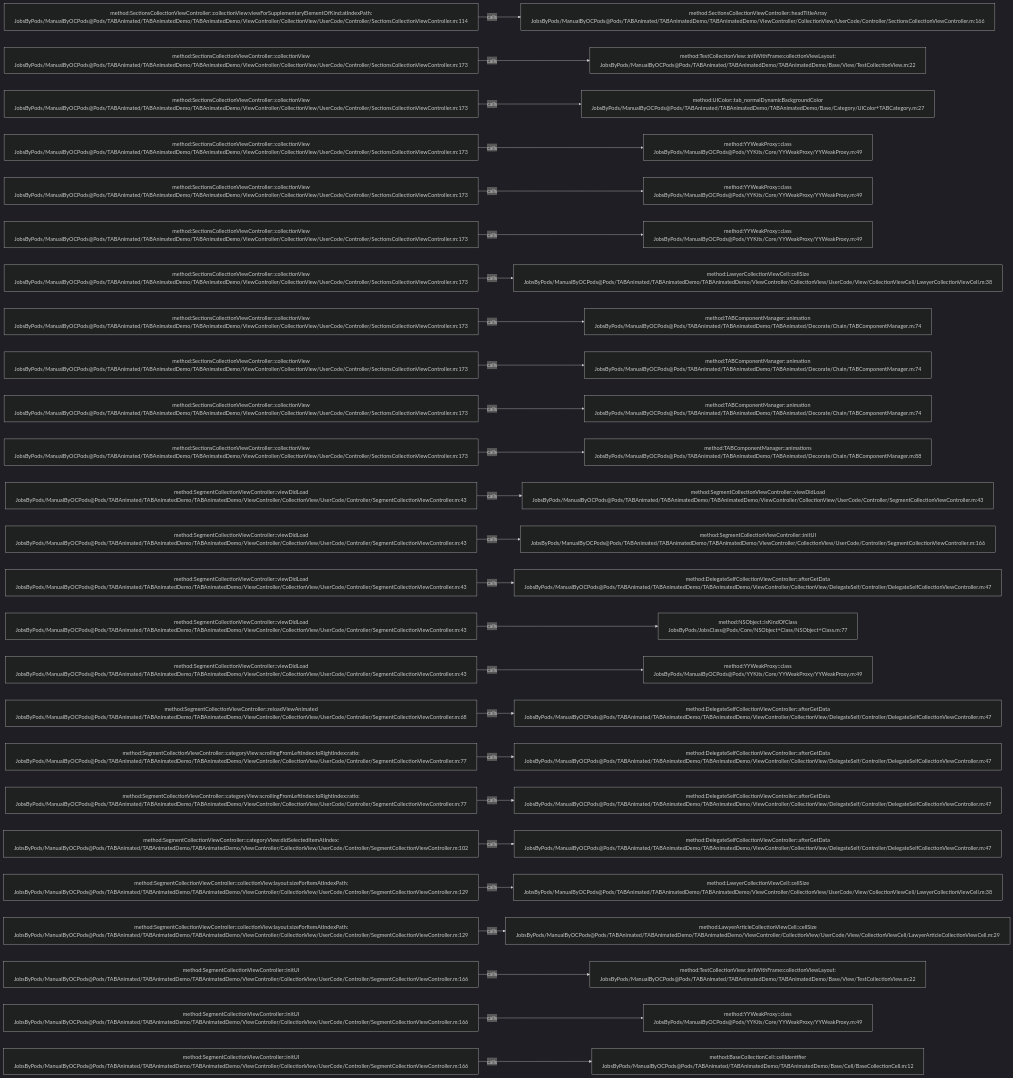
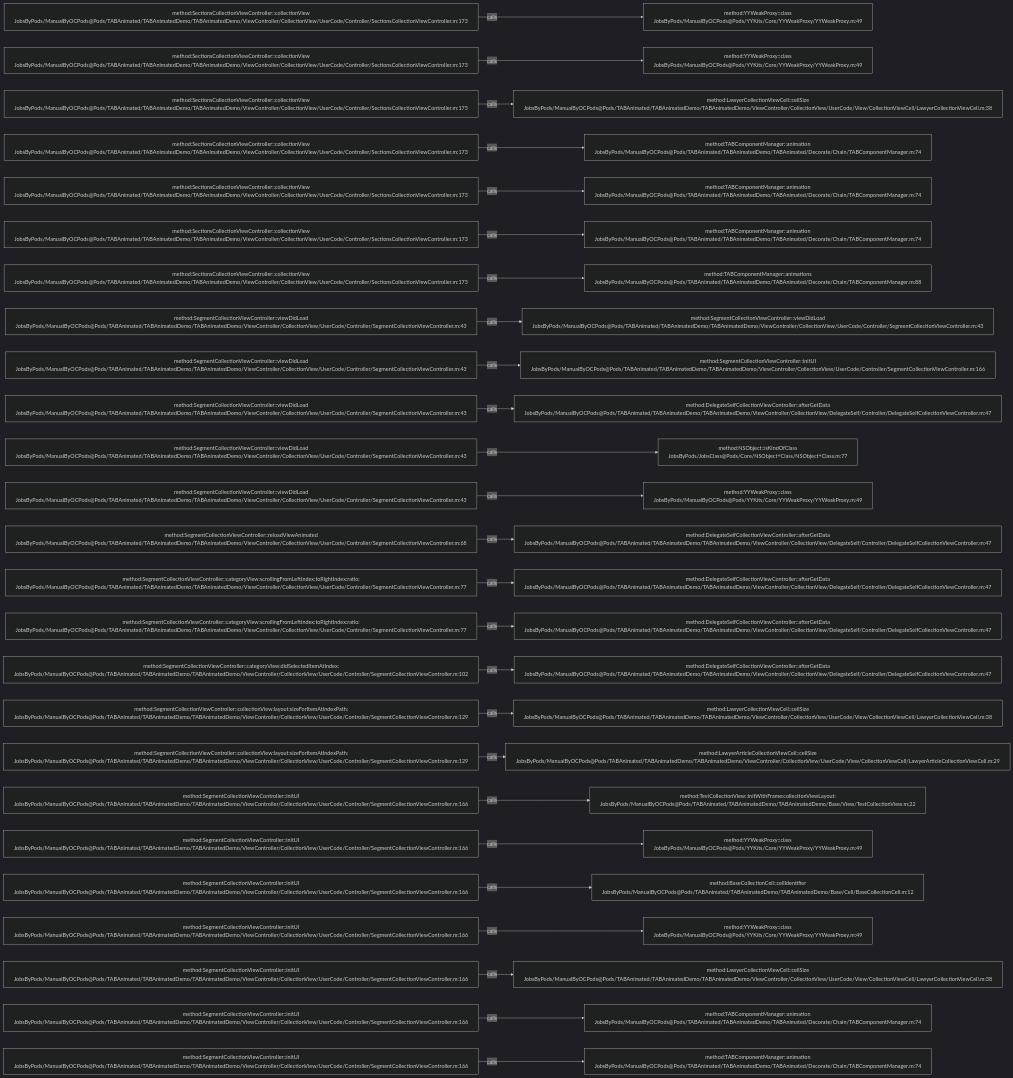
The diagram in .codegraph/codegraph.md/graphs/calls-049.md (JobsKits/JobsOCBaseConfigDemo), drawn with Mermaid (dark theme) before and after one commit. The commit also changed 727 other files, not shown here.

````diff
--- a/.codegraph/codegraph.md/graphs/calls-049.md
+++ b/.codegraph/codegraph.md/graphs/calls-049.md
@@ -13,78 +13,78 @@
 ```mermaid
 flowchart LR
-  S1["method:SectionsCollectionViewController::collectionView:viewForSupplementaryElementOfKind:atIndexPath:<br/>JobsByPods/ManualByOCPods@Pods/TABAnimated/TABAnimatedDemo/TABAnimatedDemo/ViewController/CollectionView/UserCode/Controller/SectionsCollectionViewController.m:114"]
-  T1["method:SectionsCollectionViewController::headTitleArray<br/>JobsByPods/ManualByOCPods@Pods/TABAnimated/TABAnimatedDemo/TABAnimatedDemo/ViewController/CollectionView/UserCode/Controller/SectionsCollectionViewController.m:166"]
+  S1["method:SectionsCollectionViewController::collectionView<br/>JobsByPods/ManualByOCPods@Pods/TABAnimated/TABAnimatedDemo/TABAnimatedDemo/ViewController/CollectionView/UserCode/Controller/SectionsCollectionViewController.m:173"]
+  T1["method:YYWeakProxy::class<br/>JobsByPods/ManualByOCPods@Pods/YYKits/Core/YYWeakProxy/YYWeakProxy.m:49"]
   S1 -->|calls| T1
   S2["method:SectionsCollectionViewController::collectionView<br/>JobsByPods/ManualByOCPods@Pods/TABAnimated/TABAnimatedDemo/TABAnimatedDemo/ViewController/CollectionView/UserCode/Controller/SectionsCollectionViewController.m:173"]
-  T2["method:TestCollectionView::initWithFrame:collectionViewLayout:<br/>JobsByPods/ManualByOCPods@Pods/TABAnimated/TABAnimatedDemo/TABAnimatedDemo/Base/View/TestCollectionView.m:22"]
+  T2["method:YYWeakProxy::class<br/>JobsByPods/ManualByOCPods@Pods/YYKits/Core/YYWeakProxy/YYWeakProxy.m:49"]
   S2 -->|calls| T2
   S3["method:SectionsCollectionViewController::collectionView<br/>JobsByPods/ManualByOCPods@Pods/TABAnimated/TABAnimatedDemo/TABAnimatedDemo/ViewController/CollectionView/UserCode/Controller/SectionsCollectionViewController.m:173"]
-  T3["method:UIColor::tab_normalDynamicBackgroundColor<br/>JobsByPods/ManualByOCPods@Pods/TABAnimated/TABAnimatedDemo/TABAnimatedDemo/Base/Category/UIColor+TABCategory.m:27"]
+  T3["method:LawyerCollectionViewCell::cellSize<br/>JobsByPods/ManualByOCPods@Pods/TABAnimated/TABAnimatedDemo/TABAnimatedDemo/ViewController/CollectionView/UserCode/View/CollectionViewCell/LawyerCollectionViewCell.m:38"]
   S3 -->|calls| T3
   S4["method:SectionsCollectionViewController::collectionView<br/>JobsByPods/ManualByOCPods@Pods/TABAnimated/TABAnimatedDemo/TABAnimatedDemo/ViewController/CollectionView/UserCode/Controller/SectionsCollectionViewController.m:173"]
-  T4["method:YYWeakProxy::class<br/>JobsByPods/ManualByOCPods@Pods/YYKits/Core/YYWeakProxy/YYWeakProxy.m:49"]
+  T4["method:TABComponentManager::animation<br/>JobsByPods/ManualByOCPods@Pods/TABAnimated/TABAnimatedDemo/TABAnimated/Decorate/Chain/TABComponentManager.m:74"]
   S4 -->|calls| T4
   S5["method:SectionsCollectionViewController::collectionView<br/>JobsByPods/ManualByOCPods@Pods/TABAnimated/TABAnimatedDemo/TABAnimatedDemo/ViewController/CollectionView/UserCode/Controller/SectionsCollectionViewController.m:173"]
-  T5["method:YYWeakProxy::class<br/>JobsByPods/ManualByOCPods@Pods/YYKits/Core/YYWeakProxy/YYWeakProxy.m:49"]
+  T5["method:TABComponentManager::animation<br/>JobsByPods/ManualByOCPods@Pods/TABAnimated/TABAnimatedDemo/TABAnimated/Decorate/Chain/TABComponentManager.m:74"]
   S5 -->|calls| T5
   S6["method:SectionsCollectionViewController::collectionView<br/>JobsByPods/ManualByOCPods@Pods/TABAnimated/TABAnimatedDemo/TABAnimatedDemo/ViewController/CollectionView/UserCode/Controller/SectionsCollectionViewController.m:173"]
-  T6["method:YYWeakProxy::class<br/>JobsByPods/ManualByOCPods@Pods/YYKits/Core/YYWeakProxy/YYWeakProxy.m:49"]
+  T6["method:TABComponentManager::animation<br/>JobsByPods/ManualByOCPods@Pods/TABAnimated/TABAnimatedDemo/TABAnimated/Decorate/Chain/TABComponentManager.m:74"]
   S6 -->|calls| T6
   S7["method:SectionsCollectionViewController::collectionView<br/>JobsByPods/ManualByOCPods@Pods/TABAnimated/TABAnimatedDemo/TABAnimatedDemo/ViewController/CollectionView/UserCode/Controller/SectionsCollectionViewController.m:173"]
-  T7["method:LawyerCollectionViewCell::cellSize<br/>JobsByPods/ManualByOCPods@Pods/TABAnimated/TABAnimatedDemo/TABAnimatedDemo/ViewController/CollectionView/UserCode/View/CollectionViewCell/LawyerCollectionViewCell.m:38"]
+  T7["method:TABComponentManager::animations<br/>JobsByPods/ManualByOCPods@Pods/TABAnimated/TABAnimatedDemo/TABAnimated/Decorate/Chain/TABComponentManager.m:88"]
   S7 -->|calls| T7
-  S8["method:SectionsCollectionViewController::collectionView<br/>JobsByPods/ManualByOCPods@Pods/TABAnimated/TABAnimatedDemo/TABAnimatedDemo/ViewController/CollectionView/UserCode/Controller/SectionsCollectionViewController.m:173"]
-  T8["method:TABComponentManager::animation<br/>JobsByPods/ManualByOCPods@Pods/TABAnimated/TABAnimatedDemo/TABAnimated/Decorate/Chain/TABComponentManager.m:74"]
+  S8["method:SegmentCollectionViewController::viewDidLoad<br/>JobsByPods/ManualByOCPods@Pods/TABAnimated/TABAnimatedDemo/TABAnimatedDemo/ViewController/CollectionView/UserCode/Controller/SegmentCollectionViewController.m:43"]
+  T8["method:SegmentCollectionViewController::viewDidLoad<br/>JobsByPods/ManualByOCPods@Pods/TABAnimated/TABAnimatedDemo/TABAnimatedDemo/ViewController/CollectionView/UserCode/Controller/SegmentCollectionViewController.m:43"]
   S8 -->|calls| T8
-  S9["method:SectionsCollectionViewController::collectionView<br/>JobsByPods/ManualByOCPods@Pods/TABAnimated/TABAnimatedDemo/TABAnimatedDemo/ViewController/CollectionView/UserCode/Controller/SectionsCollectionViewController.m:173"]
-  T9["method:TABComponentManager::animation<br/>JobsByPods/ManualByOCPods@Pods/TABAnimated/TABAnimatedDemo/TABAnimated/Decorate/Chain/TABComponentManager.m:74"]
+  S9["method:SegmentCollectionViewController::viewDidLoad<br/>JobsByPods/ManualByOCPods@Pods/TABAnimated/TABAnimatedDemo/TABAnimatedDemo/ViewController/CollectionView/UserCode/Controller/SegmentCollectionViewController.m:43"]
+  T9["method:SegmentCollectionViewController::initUI<br/>JobsByPods/ManualByOCPods@Pods/TABAnimated/TABAnimatedDemo/TABAnimatedDemo/ViewController/CollectionView/UserCode/Controller/SegmentCollectionViewController.m:166"]
   S9 -->|calls| T9
-  S10["method:SectionsCollectionViewController::collectionView<br/>JobsByPods/ManualByOCPods@Pods/TABAnimated/TABAnimatedDemo/TABAnimatedDemo/ViewController/CollectionView/UserCode/Controller/SectionsCollectionViewController.m:173"]
-  T10["method:TABComponentManager::animation<br/>JobsByPods/ManualByOCPods@Pods/TABAnimated/TABAnimatedDemo/TABAnimated/Decorate/Chain/TABComponentManager.m:74"]
+  S10["method:SegmentCollectionViewController::viewDidLoad<br/>JobsByPods/ManualByOCPods@Pods/TABAnimated/TABAnimatedDemo/TABAnimatedDemo/ViewController/CollectionView/UserCode/Controller/SegmentCollectionViewController.m:43"]
+  T10["method:DelegateSelfCollectionViewController::afterGetData<br/>JobsByPods/ManualByOCPods@Pods/TABAnimated/TABAnimatedDemo/TABAnimatedDemo/ViewController/CollectionView/DelegateSelf/Controller/DelegateSelfCollectionViewController.m:47"]
   S10 -->|calls| T10
-  S11["method:SectionsCollectionViewController::collectionView<br/>JobsByPods/ManualByOCPods@Pods/TABAnimated/TABAnimatedDemo/TABAnimatedDemo/ViewController/CollectionView/UserCode/Controller/SectionsCollectionViewController.m:173"]
-  T11["method:TABComponentManager::animations<br/>JobsByPods/ManualByOCPods@Pods/TABAnimated/TABAnimatedDemo/TABAnimated/Decorate/Chain/TABComponentManager.m:88"]
+  S11["method:SegmentCollectionViewController::viewDidLoad<br/>JobsByPods/ManualByOCPods@Pods/TABAnimated/TABAnimatedDemo/TABAnimatedDemo/ViewController/CollectionView/UserCode/Controller/SegmentCollectionViewController.m:43"]
+  T11["method:NSObject::isKindOfClass<br/>JobsByPods/JobsClass@Pods/Core/NSObject+Class/NSObject+Class.m:77"]
   S11 -->|calls| T11
   S12["method:SegmentCollectionViewController::viewDidLoad<br/>JobsByPods/ManualByOCPods@Pods/TABAnimated/TABAnimatedDemo/TABAnimatedDemo/ViewController/CollectionView/UserCode/Controller/SegmentCollectionViewController.m:43"]
-  T12["method:SegmentCollectionViewController::viewDidLoad<br/>JobsByPods/ManualByOCPods@Pods/TABAnimated/TABAnimatedDemo/TABAnimatedDemo/ViewController/CollectionView/UserCode/Controller/SegmentCollectionViewController.m:43"]
+  T12["method:YYWeakProxy::class<br/>JobsByPods/ManualByOCPods@Pods/YYKits/Core/YYWeakProxy/YYWeakProxy.m:49"]
   S12 -->|calls| T12
-  S13["method:SegmentCollectionViewController::viewDidLoad<br/>JobsByPods/ManualByOCPods@Pods/TABAnimated/TABAnimatedDemo/TABAnimatedDemo/ViewController/CollectionView/UserCode/Controller/SegmentCollectionViewController.m:43"]
-  T13["method:SegmentCollectionViewController::initUI<br/>JobsByPods/ManualByOCPods@Pods/TABAnimated/TABAnimatedDemo/TABAnimatedDemo/ViewController/CollectionView/UserCode/Controller/SegmentCollectionViewController.m:166"]
+  S13["method:SegmentCollectionViewController::reloadViewAnimated<br/>JobsByPods/ManualByOCPods@Pods/TABAnimated/TABAnimatedDemo/TABAnimatedDemo/ViewController/CollectionView/UserCode/Controller/SegmentCollectionViewController.m:68"]
+  T13["method:DelegateSelfCollectionViewController::afterGetData<br/>JobsByPods/ManualByOCPods@Pods/TABAnimated/TABAnimatedDemo/TABAnimatedDemo/ViewController/CollectionView/DelegateSelf/Controller/DelegateSelfCollectionViewController.m:47"]
   S13 -->|calls| T13
-  S14["method:SegmentCollectionViewController::viewDidLoad<br/>JobsByPods/ManualByOCPods@Pods/TABAnimated/TABAnimatedDemo/TABAnimatedDemo/ViewController/CollectionView/UserCode/Controller/SegmentCollectionViewController.m:43"]
+  S14["method:SegmentCollectionViewController::categoryView:scrollingFromLeftIndex:toRightIndex:ratio:<br/>JobsByPods/ManualByOCPods@Pods/TABAnimated/TABAnimatedDemo/TABAnimatedDemo/ViewController/CollectionView/UserCode/Controller/SegmentCollectionViewController.m:77"]
   T14["method:DelegateSelfCollectionViewController::afterGetData<br/>JobsByPods/ManualByOCPods@Pods/TABAnimated/TABAnimatedDemo/TABAnimatedDemo/ViewController/CollectionView/DelegateSelf/Controller/DelegateSelfCollectionViewController.m:47"]
   S14 -->|calls| T14
-  S15["method:SegmentCollectionViewController::viewDidLoad<br/>JobsByPods/ManualByOCPods@Pods/TABAnimated/TABAnimatedDemo/TABAnimatedDemo/ViewController/CollectionView/UserCode/Controller/SegmentCollectionViewController.m:43"]
-  T15["method:NSObject::isKindOfClass<br/>JobsByPods/JobsClass@Pods/Core/NSObject+Class/NSObject+Class.m:77"]
+  S15["method:SegmentCollectionViewController::categoryView:scrollingFromLeftIndex:toRightIndex:ratio:<br/>JobsByPods/ManualByOCPods@Pods/TABAnimated/TABAnimatedDemo/TABAnimatedDemo/ViewController/CollectionView/UserCode/Controller/SegmentCollectionViewController.m:77"]
+  T15["method:DelegateSelfCollectionViewController::afterGetData<br/>JobsByPods/ManualByOCPods@Pods/TABAnimated/TABAnimatedDemo/TABAnimatedDemo/ViewController/CollectionView/DelegateSelf/Controller/DelegateSelfCollectionViewController.m:47"]
   S15 -->|calls| T15
-  S16["method:SegmentCollectionViewController::viewDidLoad<br/>JobsByPods/ManualByOCPods@Pods/TABAnimated/TABAnimatedDemo/TABAnimatedDemo/ViewController/CollectionView/UserCode/Controller/SegmentCollectionViewController.m:43"]
-  T16["method:YYWeakProxy::class<br/>JobsByPods/ManualByOCPods@Pods/YYKits/Core/YYWeakProxy/YYWeakProxy.m:49"]
+  S16["method:SegmentCollectionViewController::categoryView:didSelectedItemAtIndex:<br/>JobsByPods/ManualByOCPods@Pods/TABAnimated/TABAnimatedDemo/TABAnimatedDemo/ViewController/CollectionView/UserCode/Controller/SegmentCollectionViewController.m:102"]
+  T16["method:DelegateSelfCollectionViewController::afterGetData<br/>JobsByPods/ManualByOCPods@Pods/TABAnimated/TABAnimatedDemo/TABAnimatedDemo/ViewController/CollectionView/DelegateSelf/Controller/DelegateSelfCollectionViewController.m:47"]
   S16 -->|calls| T16
-  S17["method:SegmentCollectionViewController::reloadViewAnimated<br/>JobsByPods/ManualByOCPods@Pods/TABAnimated/TABAnimatedDemo/TABAnimatedDemo/ViewController/CollectionView/UserCode/Controller/SegmentCollectionViewController.m:68"]
-  T17["method:DelegateSelfCollectionViewController::afterGetData<br/>JobsByPods/ManualByOCPods@Pods/TABAnimated/TABAnimatedDemo/TABAnimatedDemo/ViewController/CollectionView/DelegateSelf/Controller/DelegateSelfCollectionViewController.m:47"]
+  S17["method:SegmentCollectionViewController::collectionView:layout:sizeForItemAtIndexPath:<br/>JobsByPods/ManualByOCPods@Pods/TABAnimated/TABAnimatedDemo/TABAnimatedDemo/ViewController/CollectionView/UserCode/Controller/SegmentCollectionViewController.m:129"]
+  T17["method:LawyerCollectionViewCell::cellSize<br/>JobsByPods/ManualByOCPods@Pods/TABAnimated/TABAnimatedDemo/TABAnimatedDemo/ViewController/CollectionView/UserCode/View/CollectionViewCell/LawyerCollectionViewCell.m:38"]
   S17 -->|calls| T17
-  S18["method:SegmentCollectionViewController::categoryView:scrollingFromLeftIndex:toRightIndex:ratio:<br/>JobsByPods/ManualByOCPods@Pods/TABAnimated/TABAnimatedDemo/TABAnimatedDemo/ViewController/CollectionView/UserCode/Controller/SegmentCollectionViewController.m:77"]
-  T18["method:DelegateSelfCollectionViewController::afterGetData<br/>JobsByPods/ManualByOCPods@Pods/TABAnimated/TABAnimatedDemo/TABAnimatedDemo/ViewController/CollectionView/DelegateSelf/Controller/DelegateSelfCollectionViewController.m:47"]
+  S18["method:SegmentCollectionViewController::collectionView:layout:sizeForItemAtIndexPath:<br/>JobsByPods/ManualByOCPods@Pods/TABAnimated/TABAnimatedDemo/TABAnimatedDemo/ViewController/CollectionView/UserCode/Controller/SegmentCollectionViewController.m:129"]
+  T18["method:LawyerArticleCollectionViewCell::cellSize<br/>JobsByPods/ManualByOCPods@Pods/TABAnimated/TABAnimatedDemo/TABAnimatedDemo/ViewController/CollectionView/UserCode/View/CollectionViewCell/LawyerArticleCollectionViewCell.m:29"]
   S18 -->|calls| T18
-  S19["method:SegmentCollectionViewController::categoryView:scrollingFromLeftIndex:toRightIndex:ratio:<br/>JobsByPods/ManualByOCPods@Pods/TABAnimated/TABAnimatedDemo/TABAnimatedDemo/ViewController/CollectionView/UserCode/Controller/SegmentCollectionViewController.m:77"]
-  T19["method:DelegateSelfCollectionViewController::afterGetData<br/>JobsByPods/ManualByOCPods@Pods/TABAnimated/TABAnimatedDemo/TABAnimatedDemo/ViewController/CollectionView/DelegateSelf/Controller/DelegateSelfCollectionViewController.m:47"]
+  S19["method:SegmentCollectionViewController::initUI<br/>JobsByPods/ManualByOCPods@Pods/TABAnimated/TABAnimatedDemo/TABAnimatedDemo/ViewController/CollectionView/UserCode/Controller/SegmentCollectionViewController.m:166"]
+  T19["method:TestCollectionView::initWithFrame:collectionViewLayout:<br/>JobsByPods/ManualByOCPods@Pods/TABAnimated/TABAnimatedDemo/TABAnimatedDemo/Base/View/TestCollectionView.m:22"]
   S19 -->|calls| T19
-  S20["method:SegmentCollectionViewController::categoryView:didSelectedItemAtIndex:<br/>JobsByPods/ManualByOCPods@Pods/TABAnimated/TABAnimatedDemo/TABAnimatedDemo/ViewController/CollectionView/UserCode/Controller/SegmentCollectionViewController.m:102"]
-  T20["method:DelegateSelfCollectionViewController::afterGetData<br/>JobsByPods/ManualByOCPods@Pods/TABAnimated/TABAnimatedDemo/TABAnimatedDemo/ViewController/CollectionView/DelegateSelf/Controller/DelegateSelfCollectionViewController.m:47"]
+  S20["method:SegmentCollectionViewController::initUI<br/>JobsByPods/ManualByOCPods@Pods/TABAnimated/TABAnimatedDemo/TABAnimatedDemo/ViewController/CollectionView/UserCode/Controller/SegmentCollectionViewController.m:166"]
+  T20["method:YYWeakProxy::class<br/>JobsByPods/ManualByOCPods@Pods/YYKits/Core/YYWeakProxy/YYWeakProxy.m:49"]
   S20 -->|calls| T20
-  S21["method:SegmentCollectionViewController::collectionView:layout:sizeForItemAtIndexPath:<br/>JobsByPods/ManualByOCPods@Pods/TABAnimated/TABAnimatedDemo/TABAnimatedDemo/ViewController/CollectionView/UserCode/Controller/SegmentCollectionViewController.m:129"]
-  T21["method:LawyerCollectionViewCell::cellSize<br/>JobsByPods/ManualByOCPods@Pods/TABAnimated/TABAnimatedDemo/TABAnimatedDemo/ViewController/CollectionView/UserCode/View/CollectionViewCell/LawyerCollectionViewCell.m:38"]
+  S21["method:SegmentCollectionViewController::initUI<br/>JobsByPods/ManualByOCPods@Pods/TABAnimated/TABAnimatedDemo/TABAnimatedDemo/ViewController/CollectionView/UserCode/Controller/SegmentCollectionViewController.m:166"]
+  T21["method:BaseCollectionCell::cellIdentifier<br/>JobsByPods/ManualByOCPods@Pods/TABAnimated/TABAnimatedDemo/TABAnimatedDemo/Base/Cell/BaseCollectionCell.m:12"]
   S21 -->|calls| T21
-  S22["method:SegmentCollectionViewController::collectionView:layout:sizeForItemAtIndexPath:<br/>JobsByPods/ManualByOCPods@Pods/TABAnimated/TABAnimatedDemo/TABAnimatedDemo/ViewController/CollectionView/UserCode/Controller/SegmentCollectionViewController.m:129"]
-  T22["method:LawyerArticleCollectionViewCell::cellSize<br/>JobsByPods/ManualByOCPods@Pods/TABAnimated/TABAnimatedDemo/TABAnimatedDemo/ViewController/CollectionView/UserCode/View/CollectionViewCell/LawyerArticleCollectionViewCell.m:29"]
+  S22["method:SegmentCollectionViewController::initUI<br/>JobsByPods/ManualByOCPods@Pods/TABAnimated/TABAnimatedDemo/TABAnimatedDemo/ViewController/CollectionView/UserCode/Controller/SegmentCollectionViewController.m:166"]
+  T22["method:YYWeakProxy::class<br/>JobsByPods/ManualByOCPods@Pods/YYKits/Core/YYWeakProxy/YYWeakProxy.m:49"]
   S22 -->|calls| T22
   S23["method:SegmentCollectionViewController::initUI<br/>JobsByPods/ManualByOCPods@Pods/TABAnimated/TABAnimatedDemo/TABAnimatedDemo/ViewController/CollectionView/UserCode/Controller/SegmentCollectionViewController.m:166"]
-  T23["method:TestCollectionView::initWithFrame:collectionViewLayout:<br/>JobsByPods/ManualByOCPods@Pods/TABAnimated/TABAnimatedDemo/TABAnimatedDemo/Base/View/TestCollectionView.m:22"]
+  T23["method:LawyerCollectionViewCell::cellSize<br/>JobsByPods/ManualByOCPods@Pods/TABAnimated/TABAnimatedDemo/TABAnimatedDemo/ViewController/CollectionView/UserCode/View/CollectionViewCell/LawyerCollectionViewCell.m:38"]
   S23 -->|calls| T23
   S24["method:SegmentCollectionViewController::initUI<br/>JobsByPods/ManualByOCPods@Pods/TABAnimated/TABAnimatedDemo/TABAnimatedDemo/ViewController/CollectionView/UserCode/Controller/SegmentCollectionViewController.m:166"]
-  T24["method:YYWeakProxy::class<br/>JobsByPods/ManualByOCPods@Pods/YYKits/Core/YYWeakProxy/YYWeakProxy.m:49"]
+  T24["method:TABComponentManager::animation<br/>JobsByPods/ManualByOCPods@Pods/TABAnimated/TABAnimatedDemo/TABAnimated/Decorate/Chain/TABComponentManager.m:74"]
   S24 -->|calls| T24
   S25["method:SegmentCollectionViewController::initUI<br/>JobsByPods/ManualByOCPods@Pods/TABAnimated/TABAnimatedDemo/TABAnimatedDemo/ViewController/CollectionView/UserCode/Controller/SegmentCollectionViewController.m:166"]
-  T25["method:BaseCollectionCell::cellIdentifier<br/>JobsByPods/ManualByOCPods@Pods/TABAnimated/TABAnimatedDemo/TABAnimatedDemo/Base/Cell/BaseCollectionCell.m:12"]
+  T25["method:TABComponentManager::animation<br/>JobsByPods/ManualByOCPods@Pods/TABAnimated/TABAnimatedDemo/TABAnimated/Decorate/Chain/TABComponentManager.m:74"]
   S25 -->|calls| T25
 ```
````
